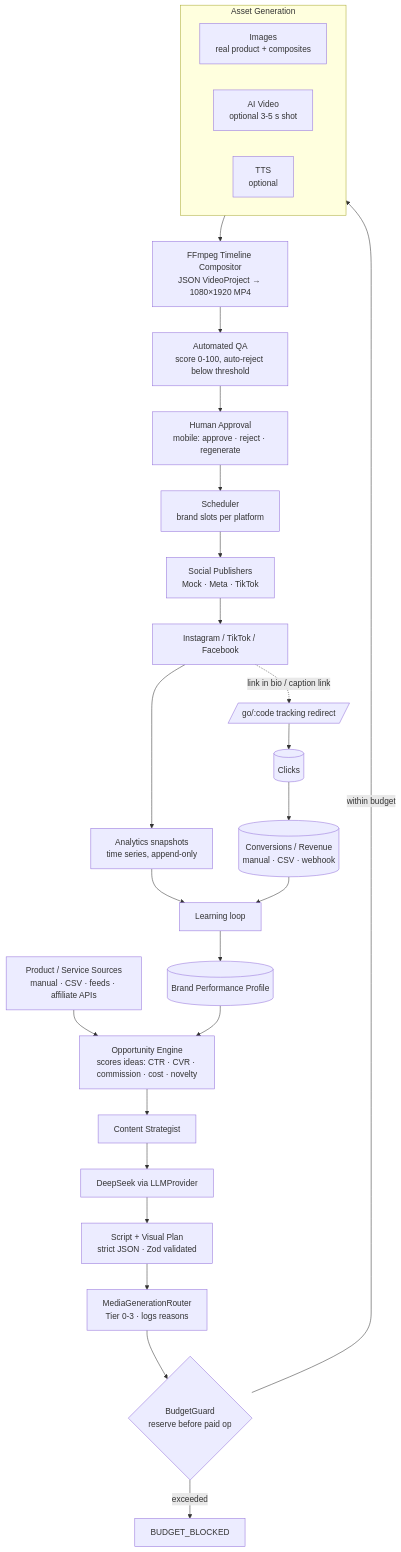
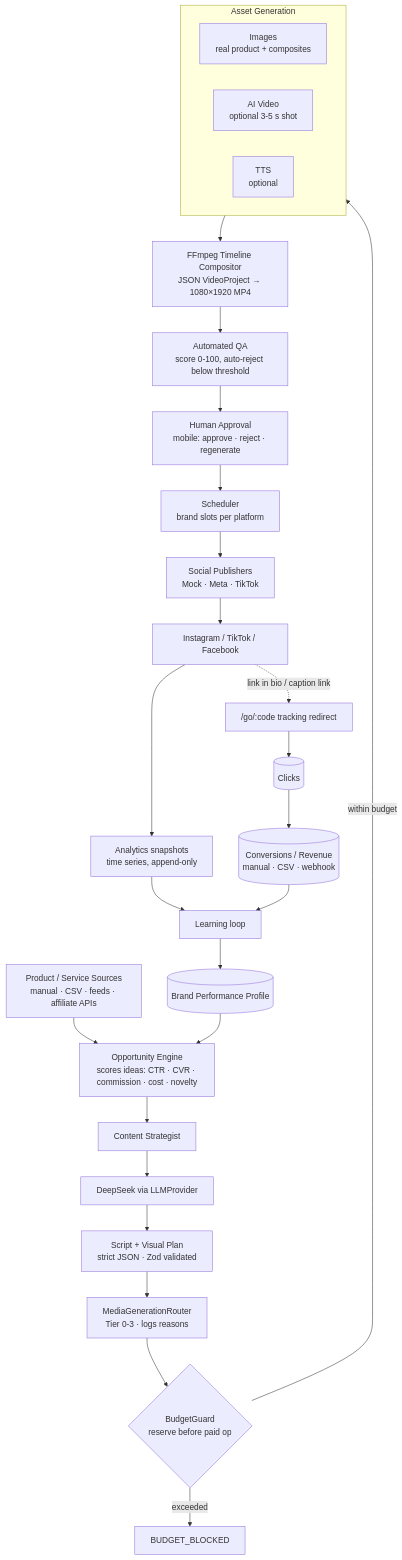
The first of 5 diagrams in docs/IMPLEMENTATION_PLAN.md (tomaszgauszka-hub/SaaS-Social-media-generator-pipeline), drawn with Mermaid before and after one commit. The commit also changed other lines of this file and 8 other files, not shown here.

First line of the commit message:
Documentation: architecture, pipeline, providers, costs, deployment, social APIs, security

````diff
--- a/docs/IMPLEMENTATION_PLAN.md
+++ b/docs/IMPLEMENTATION_PLAN.md
@@ -23,30 +24,30 @@
 ```mermaid
 flowchart TD
     SRC[Product / Service Sources<br/>manual · CSV · feeds · affiliate APIs] --> OPP
     PERF[(Brand Performance Profile)] --> OPP
     OPP[Opportunity Engine<br/>scores ideas: CTR · CVR · commission · cost · novelty] --> STRAT
     STRAT[Content Strategist] --> LLM[DeepSeek via LLMProvider]
     LLM --> SCRIPT[Script + Visual Plan<br/>strict JSON · Zod validated]
     SCRIPT --> ROUTER[MediaGenerationRouter<br/>Tier 0-3 · logs reasons]
     ROUTER --> BG{BudgetGuard<br/>reserve before paid op}
     BG -->|within budget| ASSETS
     BG -->|exceeded| BLOCK[BUDGET_BLOCKED]
     subgraph ASSETS[Asset Generation]
         IMG[Images<br/>real product + composites]
         VID[AI Video<br/>optional 3-5 s shot]
         TTS[TTS<br/>optional]
     end
     ASSETS --> FF[FFmpeg Timeline Compositor<br/>JSON VideoProject → 1080×1920 MP4]
     FF --> QA[Automated QA<br/>score 0-100, auto-reject below threshold]
     QA --> APPROVAL[Human Approval<br/>mobile: approve · reject · regenerate]
     APPROVAL --> SCHED[Scheduler<br/>brand slots per platform]
     SCHED --> PUB[Social Publishers<br/>Mock · Meta · TikTok]
     PUB --> PLAT[Instagram / TikTok / Facebook]
     PLAT --> ANA[Analytics snapshots<br/>time series, append-only]
-    PLAT -.link in bio / caption link.-> GO[/go/:code tracking redirect/]
+    PLAT -.link in bio / caption link.-> GO["/go/:code tracking redirect"]
     GO --> CLK[(Clicks)]
     CLK --> CONV[(Conversions / Revenue<br/>manual · CSV · webhook)]
     ANA --> LEARN[Learning loop]
     CONV --> LEARN
     LEARN --> PERF
 ```
````
